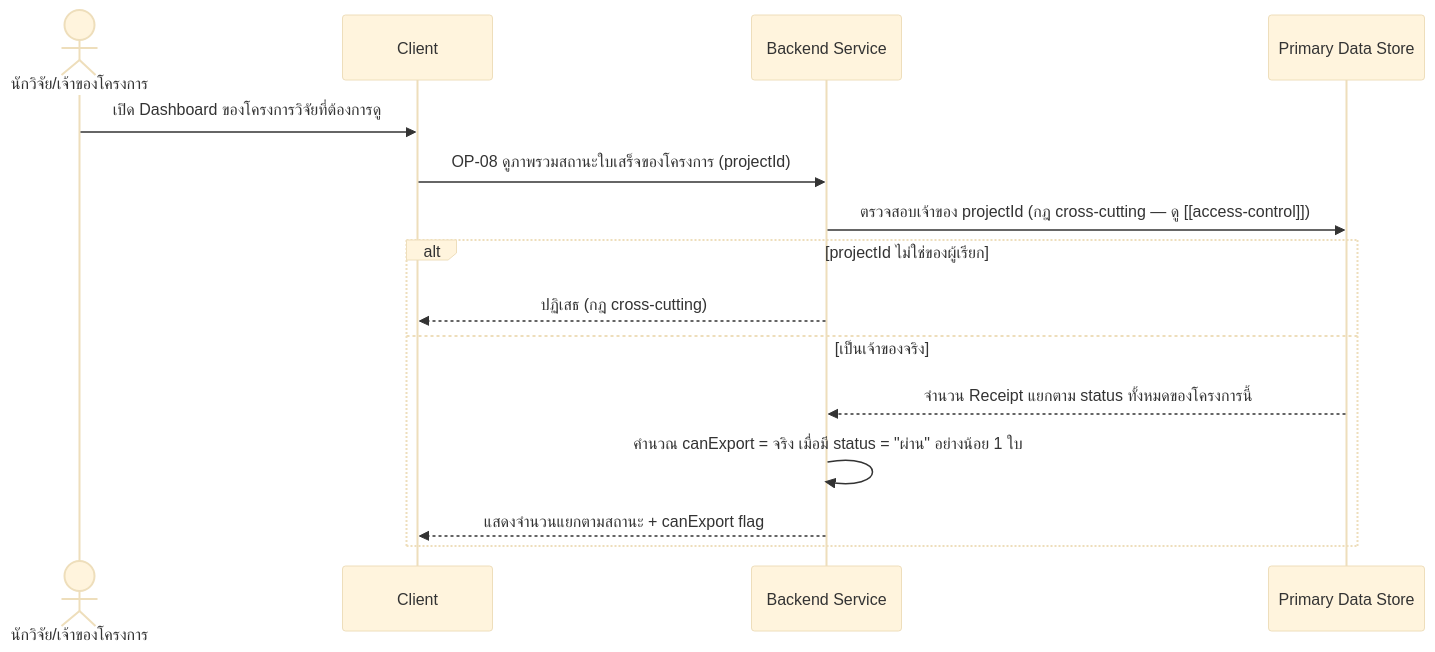
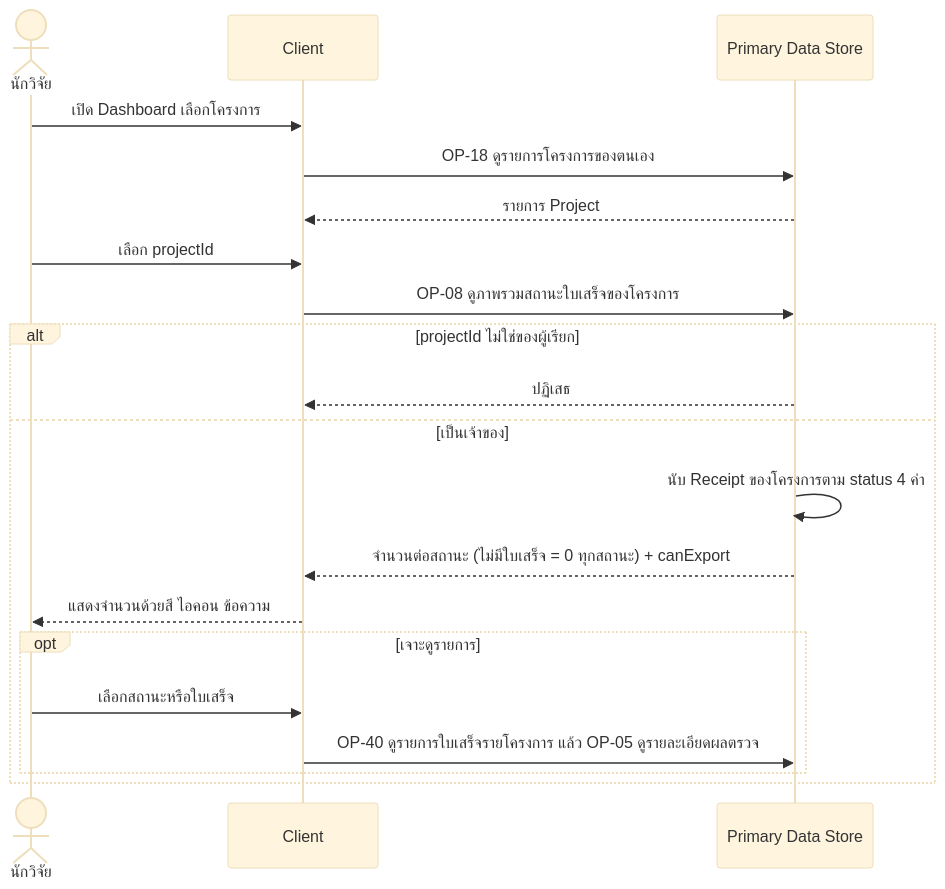
Before and after one commit to ptrsswnr/Grant-Receipt-Assistant: the first of 2 diagrams in docs/02-design/02-technical/detailed-design/fund-dashboard.md, drawn with Mermaid (base theme). The commit also changed other lines of this file and 27 other files, not shown here.

````diff
--- a/docs/02-design/02-technical/detailed-design/fund-dashboard.md
+++ b/docs/02-design/02-technical/detailed-design/fund-dashboard.md
@@ -32,18 +27,23 @@
 ```mermaid
 sequenceDiagram
-    actor R as นักวิจัย/เจ้าของโครงการ
+    actor R as นักวิจัย
     participant C as Client
-    participant B as Backend Service
     participant DS as Primary Data Store
 
-    R->>C: เปิด Dashboard ของโครงการวิจัยที่ต้องการดู
-    C->>B: OP-08 ดูภาพรวมสถานะใบเสร็จของโครงการ (projectId)
-    B->>DS: ตรวจสอบเจ้าของ projectId (กฎ cross-cutting — ดู [[access-control]])
+    R->>C: เปิด Dashboard เลือกโครงการ
+    C->>DS: OP-18 ดูรายการโครงการของตนเอง
+    DS-->>C: รายการ Project
+    R->>C: เลือก projectId
+    C->>DS: OP-08 ดูภาพรวมสถานะใบเสร็จของโครงการ
     alt projectId ไม่ใช่ของผู้เรียก
-        B-->>C: ปฏิเสธ (กฎ cross-cutting)
-    else เป็นเจ้าของจริง
-        DS-->>B: จำนวน Receipt แยกตาม status ทั้งหมดของโครงการนี้
-        B->>B: คำนวณ canExport = จริง เมื่อมี status = "ผ่าน" อย่างน้อย 1 ใบ
-        B-->>C: แสดงจำนวนแยกตามสถานะ + canExport flag
+        DS-->>C: ปฏิเสธ
+    else เป็นเจ้าของ
+        DS->>DS: นับ Receipt ของโครงการตาม status 4 ค่า
+        DS-->>C: จำนวนต่อสถานะ (ไม่มีใบเสร็จ = 0 ทุกสถานะ) + canExport
+        C-->>R: แสดงจำนวนด้วยสี ไอคอน ข้อความ
+        opt เจาะดูรายการ
+            R->>C: เลือกสถานะหรือใบเสร็จ
+            C->>DS: OP-40 ดูรายการใบเสร็จรายโครงการ แล้ว OP-05 ดูรายละเอียดผลตรวจ
+        end
     end
 ```
````
